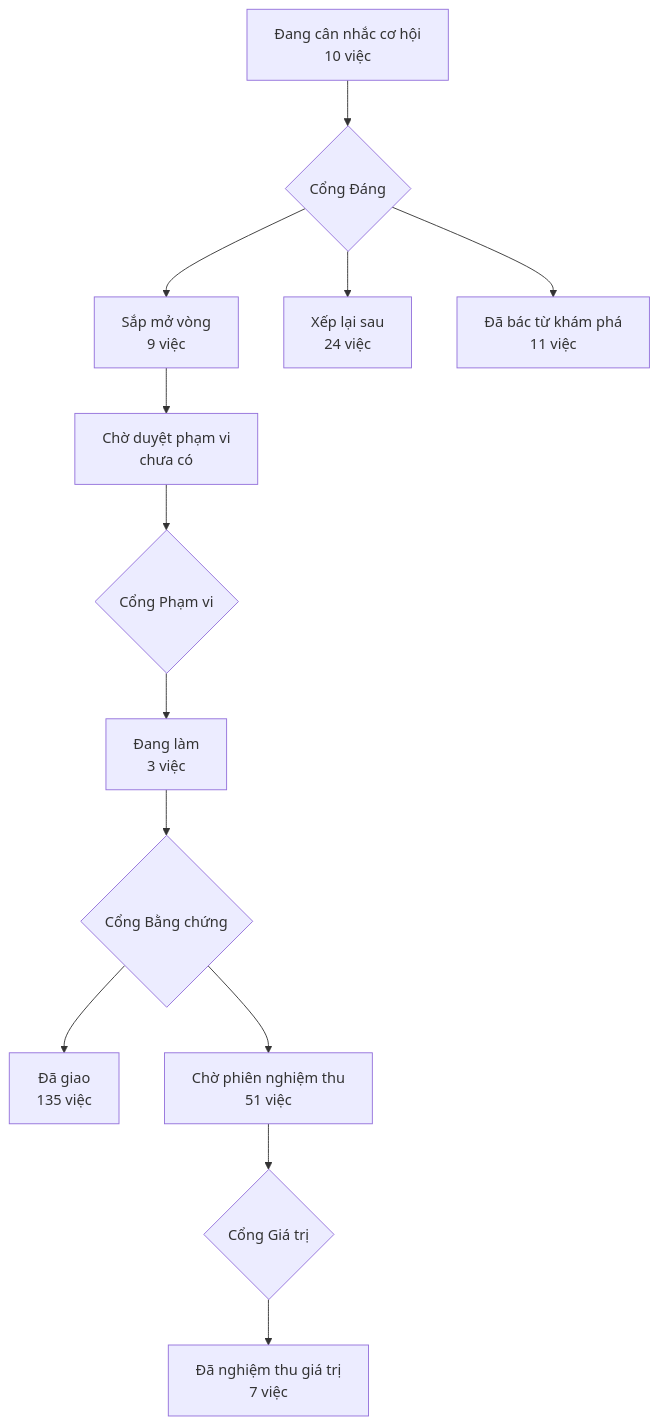
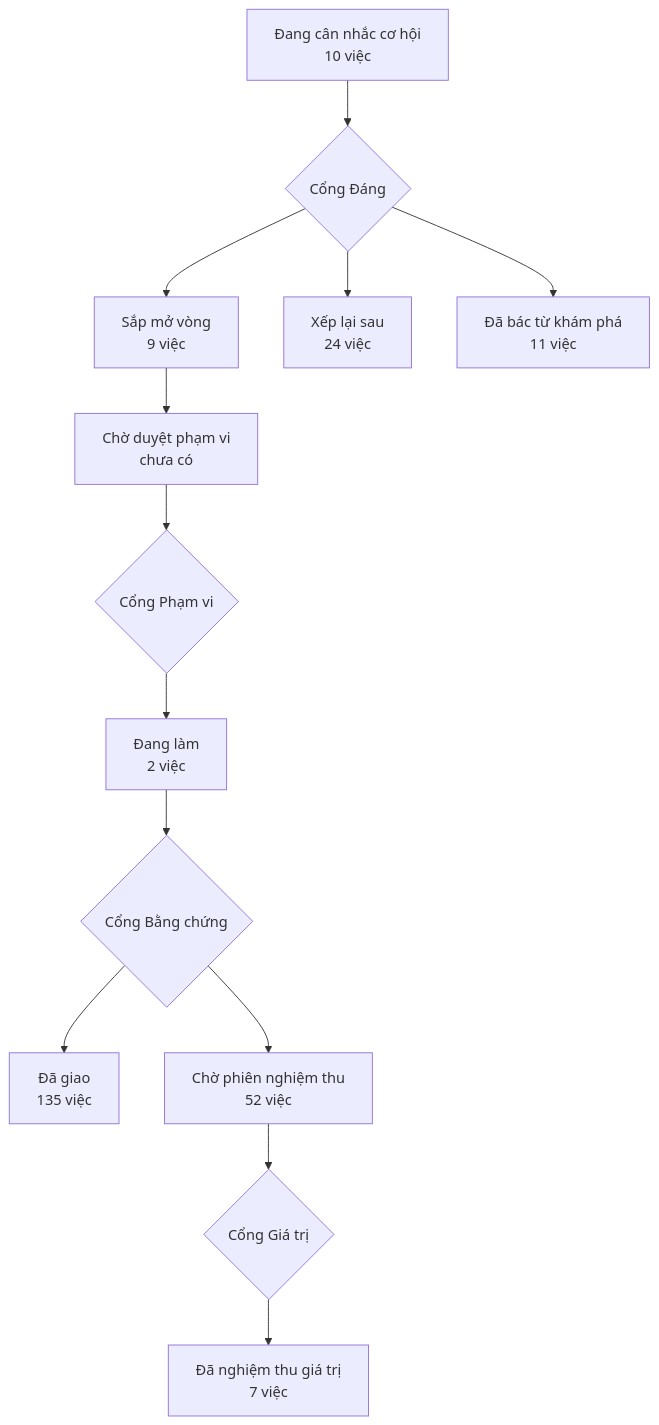
Before and after one commit to phanlemanh/acceptance-gate-kit: the diagram in PRODUCT-MAP.md, drawn with Mermaid. The commit also changed 7 other files, not shown here.

````diff
--- a/PRODUCT-MAP.md
+++ b/PRODUCT-MAP.md
@@ -7,12 +7,12 @@
 ```mermaid
 flowchart TD
   A["Đang cân nhắc cơ hội<br/>10 việc"] --> GD{"Cổng Đáng"}
   GD --> B["Sắp mở vòng<br/>9 việc"]
   GD --> XL["Xếp lại sau<br/>24 việc"]
   GD --> DB["Đã bác từ khám phá<br/>11 việc"]
   B --> CD["Chờ duyệt phạm vi<br/>chưa có"] --> GP{"Cổng Phạm vi"}
-  GP --> DL["Đang làm<br/>3 việc"] --> GB{"Cổng Bằng chứng"}
+  GP --> DL["Đang làm<br/>2 việc"] --> GB{"Cổng Bằng chứng"}
   GB --> DG["Đã giao<br/>135 việc"]
-  GB --> CN["Chờ phiên nghiệm thu<br/>51 việc"] --> GG{"Cổng Giá trị"}
+  GB --> CN["Chờ phiên nghiệm thu<br/>52 việc"] --> GG{"Cổng Giá trị"}
   GG --> NT["Đã nghiệm thu giá trị<br/>7 việc"]
 ```
````
